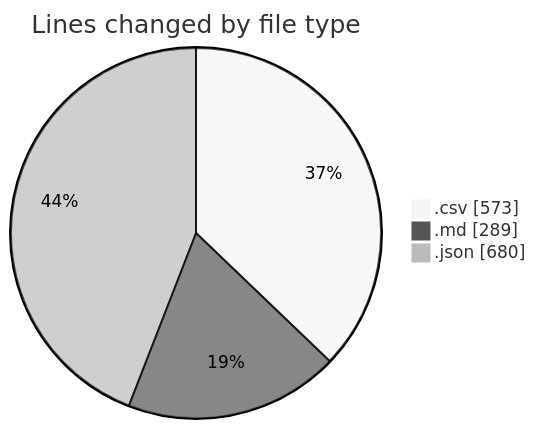
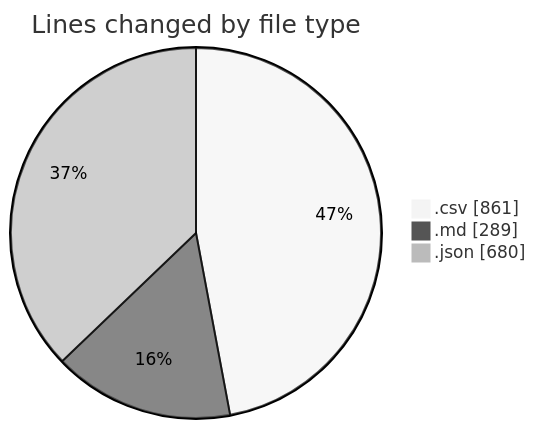
One commit to EIIisD/code-tracking changed the first of 2 diagrams in 2025-08-11/transactions-new/README.md. Above: the diagram before and after it, drawn with Mermaid (neutral theme). The commit also changed other lines of this file and 1 other file, not shown here.

````diff
--- a/2025-08-11/transactions-new/README.md
+++ b/2025-08-11/transactions-new/README.md
@@ -27,7 +29,7 @@
 ```mermaid
 pie showData
 title Lines changed by file type
-".csv" : 573
+".csv" : 861
 ".md" : 289
 ".json" : 680
 ```
````
